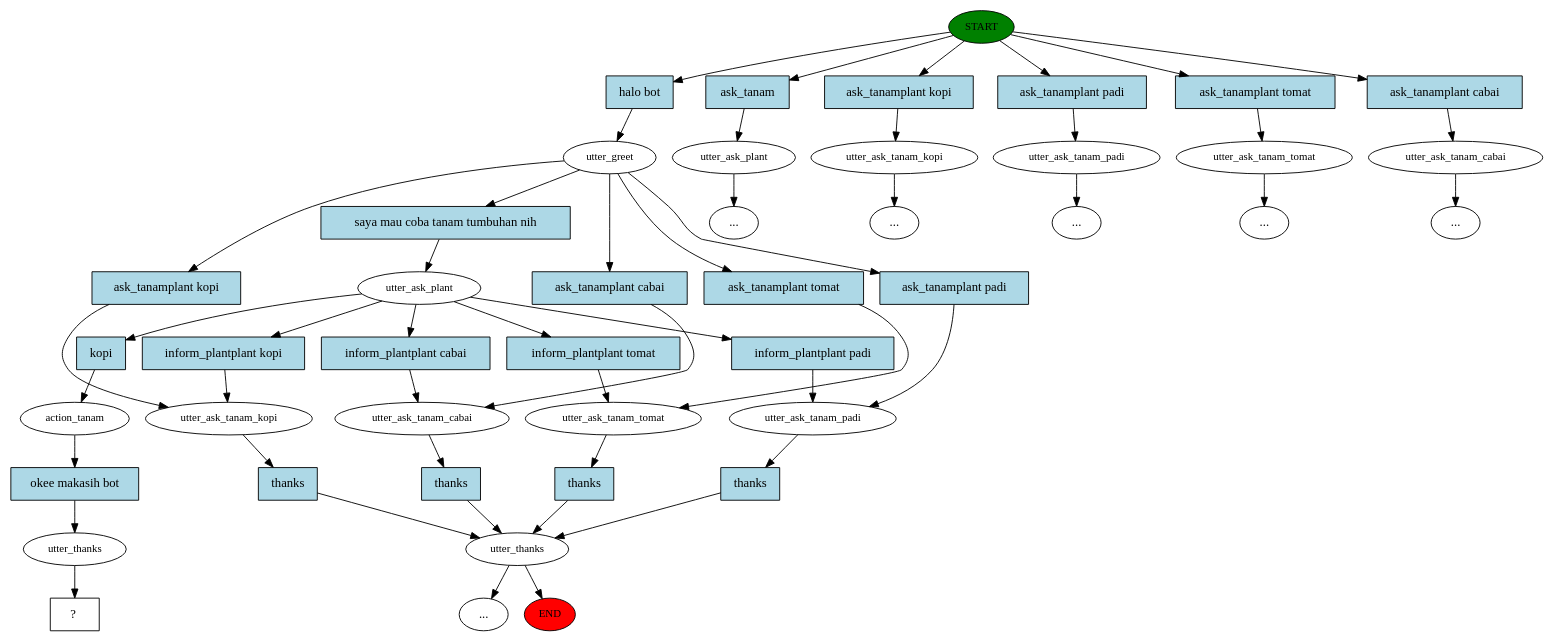
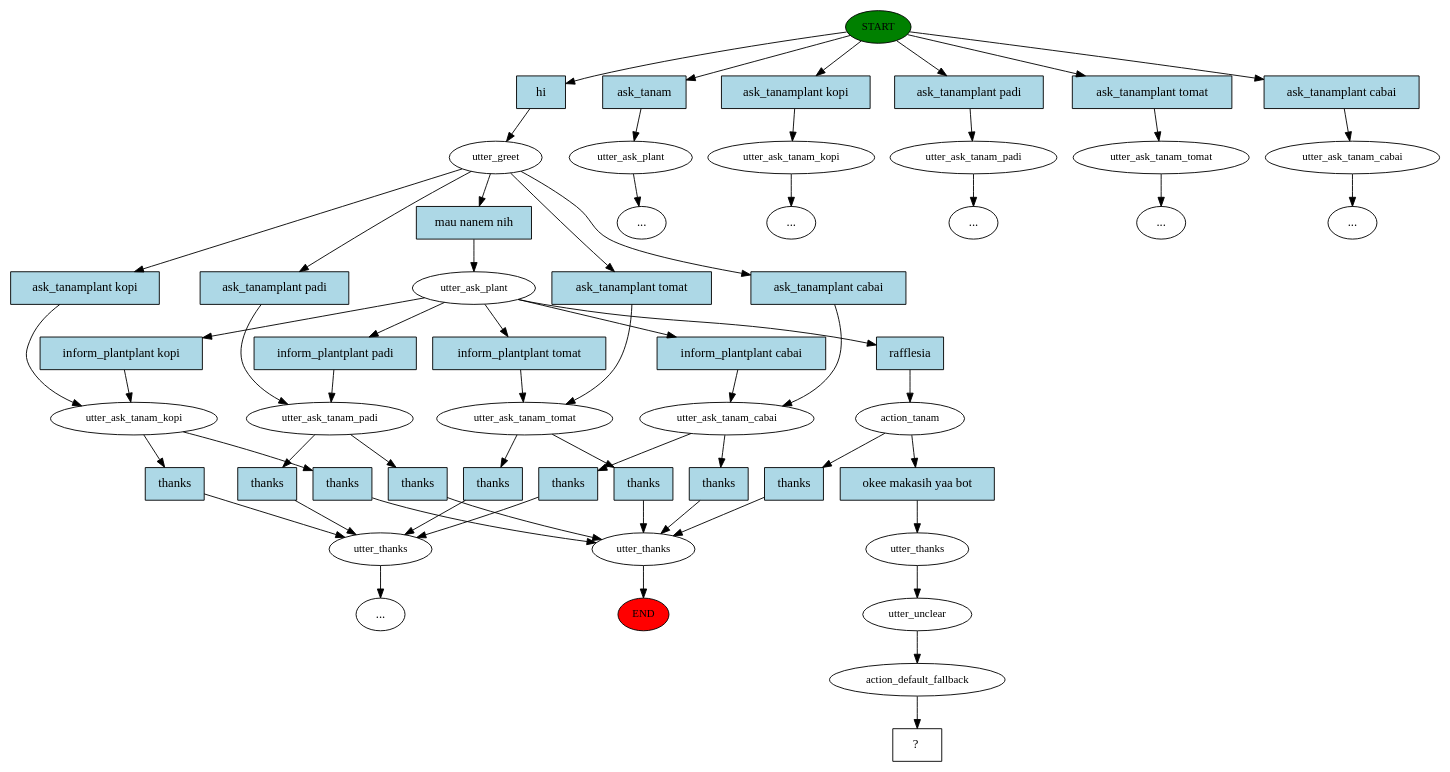
Before and after one commit to naufalmukhbit/Chatbot2019: the diagram in story_graph.dot, drawn with Graphviz. The commit also changed 22 other files, not shown here.

```diff
--- a/story_graph.dot
+++ b/story_graph.dot
@@ -1,96 +1,116 @@
 digraph  {
 0 [class="start active", fillcolor=green, fontsize=12, label=START, style=filled];
 "-1" [class=end, fillcolor=red, fontsize=12, label=END, style=filled];
 1 [class=active, fontsize=12, label=utter_greet];
 2 [class=active, fontsize=12, label=utter_ask_plant];
 3 [class="", fontsize=12, label=utter_ask_tanam_kopi];
 4 [class="", fontsize=12, label=utter_thanks];
 7 [class="", fontsize=12, label=utter_ask_tanam_padi];
 11 [class="", fontsize=12, label=utter_ask_tanam_tomat];
 15 [class="", fontsize=12, label=utter_ask_tanam_cabai];
+19 [class="", fontsize=12, label=utter_thanks];
 "-6" [class=ellipsis, label="..."];
 29 [class="", fontsize=12, label=utter_ask_plant];
 "-10" [class=ellipsis, label="..."];
 33 [class="", fontsize=12, label=utter_ask_tanam_kopi];
 "-11" [class=ellipsis, label="..."];
 34 [class="", fontsize=12, label=utter_ask_tanam_padi];
 "-12" [class=ellipsis, label="..."];
 35 [class="", fontsize=12, label=utter_ask_tanam_tomat];
 "-13" [class=ellipsis, label="..."];
 36 [class="", fontsize=12, label=utter_ask_tanam_cabai];
 "-14" [class=ellipsis, label="..."];
 39 [class=active, fontsize=12, label=action_tanam];
-40 [class=active, fontsize=12, label=utter_thanks];
-41 [class="intent dashed active", label="  ?  ", shape=rect];
-42 [class="intent active", fillcolor=lightblue, label="halo bot", shape=rect, style=filled];
-43 [class=intent, fillcolor=lightblue, label=ask_tanam, shape=rect, style=filled];
-44 [class=intent, fillcolor=lightblue, label="ask_tanamplant kopi", shape=rect, style=filled];
-45 [class=intent, fillcolor=lightblue, label="ask_tanamplant padi", shape=rect, style=filled];
-46 [class=intent, fillcolor=lightblue, label="ask_tanamplant tomat", shape=rect, style=filled];
-47 [class=intent, fillcolor=lightblue, label="ask_tanamplant cabai", shape=rect, style=filled];
-48 [class="intent active", fillcolor=lightblue, label="saya mau coba tanam tumbuhan nih", shape=rect, style=filled];
-49 [class=intent, fillcolor=lightblue, label="ask_tanamplant kopi", shape=rect, style=filled];
-50 [class=intent, fillcolor=lightblue, label="ask_tanamplant padi", shape=rect, style=filled];
-51 [class=intent, fillcolor=lightblue, label="ask_tanamplant tomat", shape=rect, style=filled];
-52 [class=intent, fillcolor=lightblue, label="ask_tanamplant cabai", shape=rect, style=filled];
-53 [class=intent, fillcolor=lightblue, label="inform_plantplant kopi", shape=rect, style=filled];
-54 [class=intent, fillcolor=lightblue, label="inform_plantplant padi", shape=rect, style=filled];
-55 [class=intent, fillcolor=lightblue, label="inform_plantplant tomat", shape=rect, style=filled];
-56 [class=intent, fillcolor=lightblue, label="inform_plantplant cabai", shape=rect, style=filled];
-57 [class="intent active", fillcolor=lightblue, label=kopi, shape=rect, style=filled];
-58 [class=intent, fillcolor=lightblue, label=thanks, shape=rect, style=filled];
-59 [class=intent, fillcolor=lightblue, label=thanks, shape=rect, style=filled];
-60 [class=intent, fillcolor=lightblue, label=thanks, shape=rect, style=filled];
-61 [class=intent, fillcolor=lightblue, label=thanks, shape=rect, style=filled];
-62 [class="intent active", fillcolor=lightblue, label="okee makasih bot", shape=rect, style=filled];
-0 -> 42  [class=active, key=0];
-0 -> 43  [class="", key=0];
-0 -> 44  [class="", key=0];
-0 -> 45  [class="", key=0];
-0 -> 46  [class="", key=0];
-0 -> 47  [class="", key=0];
-1 -> 48  [class=active, key=0];
-1 -> 49  [class="", key=0];
-1 -> 50  [class="", key=0];
-1 -> 51  [class="", key=0];
-1 -> 52  [class="", key=0];
-2 -> 53  [class="", key=0];
-2 -> 54  [class="", key=0];
-2 -> 55  [class="", key=0];
-2 -> 56  [class="", key=0];
-2 -> 57  [class=active, key=0];
-3 -> 58  [class="", key=0];
+44 [class=active, fontsize=12, label=utter_thanks];
+45 [class=active, fontsize=12, label=utter_unclear];
+46 [class=active, fontsize=12, label=action_default_fallback];
+47 [class="intent dashed active", label="  ?  ", shape=rect];
+48 [class="intent active", fillcolor=lightblue, label=hi, shape=rect, style=filled];
+49 [class=intent, fillcolor=lightblue, label=ask_tanam, shape=rect, style=filled];
+50 [class=intent, fillcolor=lightblue, label="ask_tanamplant kopi", shape=rect, style=filled];
+51 [class=intent, fillcolor=lightblue, label="ask_tanamplant padi", shape=rect, style=filled];
+52 [class=intent, fillcolor=lightblue, label="ask_tanamplant tomat", shape=rect, style=filled];
+53 [class=intent, fillcolor=lightblue, label="ask_tanamplant cabai", shape=rect, style=filled];
+54 [class="intent active", fillcolor=lightblue, label="mau nanem nih", shape=rect, style=filled];
+55 [class=intent, fillcolor=lightblue, label="ask_tanamplant kopi", shape=rect, style=filled];
+56 [class=intent, fillcolor=lightblue, label="ask_tanamplant padi", shape=rect, style=filled];
+57 [class=intent, fillcolor=lightblue, label="ask_tanamplant tomat", shape=rect, style=filled];
+58 [class=intent, fillcolor=lightblue, label="ask_tanamplant cabai", shape=rect, style=filled];
+59 [class=intent, fillcolor=lightblue, label="inform_plantplant kopi", shape=rect, style=filled];
+60 [class=intent, fillcolor=lightblue, label="inform_plantplant padi", shape=rect, style=filled];
+61 [class=intent, fillcolor=lightblue, label="inform_plantplant tomat", shape=rect, style=filled];
+62 [class=intent, fillcolor=lightblue, label="inform_plantplant cabai", shape=rect, style=filled];
+63 [class="intent active", fillcolor=lightblue, label=rafflesia, shape=rect, style=filled];
+64 [class=intent, fillcolor=lightblue, label=thanks, shape=rect, style=filled];
+65 [class=intent, fillcolor=lightblue, label=thanks, shape=rect, style=filled];
+66 [class=intent, fillcolor=lightblue, label=thanks, shape=rect, style=filled];
+67 [class=intent, fillcolor=lightblue, label=thanks, shape=rect, style=filled];
+68 [class=intent, fillcolor=lightblue, label=thanks, shape=rect, style=filled];
+69 [class=intent, fillcolor=lightblue, label=thanks, shape=rect, style=filled];
+70 [class=intent, fillcolor=lightblue, label=thanks, shape=rect, style=filled];
+71 [class=intent, fillcolor=lightblue, label=thanks, shape=rect, style=filled];
+72 [class=intent, fillcolor=lightblue, label=thanks, shape=rect, style=filled];
+73 [class="intent active", fillcolor=lightblue, label="okee makasih yaa bot", shape=rect, style=filled];
+0 -> 48  [class=active, key=0];
+0 -> 49  [class="", key=0];
+0 -> 50  [class="", key=0];
+0 -> 51  [class="", key=0];
+0 -> 52  [class="", key=0];
+0 -> 53  [class="", key=0];
+1 -> 54  [class=active, key=0];
+1 -> 55  [class="", key=0];
+1 -> 56  [class="", key=0];
+1 -> 57  [class="", key=0];
+1 -> 58  [class="", key=0];
+2 -> 59  [class="", key=0];
+2 -> 60  [class="", key=0];
+2 -> 61  [class="", key=0];
+2 -> 62  [class="", key=0];
+2 -> 63  [class=active, key=0];
+3 -> 64  [class="", key=0];
+3 -> 65  [class="", key=0];
 4 -> "-1"  [class="", key=NONE, label=""];
-4 -> "-6"  [class="", key=NONE, label=""];
-7 -> 59  [class="", key=0];
-11 -> 60  [class="", key=0];
-15 -> 61  [class="", key=0];
+7 -> 66  [class="", key=0];
+7 -> 67  [class="", key=0];
+11 -> 68  [class="", key=0];
+11 -> 69  [class="", key=0];
+15 -> 70  [class="", key=0];
+15 -> 71  [class="", key=0];
+19 -> "-6"  [class="", key=NONE, label=""];
 29 -> "-10"  [class="", key=NONE, label=""];
 33 -> "-11"  [class="", key=NONE, label=""];
 34 -> "-12"  [class="", key=NONE, label=""];
 35 -> "-13"  [class="", key=NONE, label=""];
 36 -> "-14"  [class="", key=NONE, label=""];
-39 -> 62  [class=active, key=0];
-40 -> 41  [class=active, key=NONE, label=""];
-42 -> 1  [class=active, key=0];
-43 -> 29  [class="", key=0];
-44 -> 33  [class="", key=0];
-45 -> 34  [class="", key=0];
-46 -> 35  [class="", key=0];
-47 -> 36  [class="", key=0];
-48 -> 2  [class=active, key=0];
-49 -> 3  [class="", key=0];
-50 -> 7  [class="", key=0];
-51 -> 11  [class="", key=0];
-52 -> 15  [class="", key=0];
-53 -> 3  [class="", key=0];
-54 -> 7  [class="", key=0];
-55 -> 11  [class="", key=0];
-56 -> 15  [class="", key=0];
-57 -> 39  [class=active, key=0];
-58 -> 4  [class="", key=0];
-59 -> 4  [class="", key=0];
-60 -> 4  [class="", key=0];
-61 -> 4  [class="", key=0];
-62 -> 40  [class=active, key=0];
+39 -> 72  [class="", key=0];
+39 -> 73  [class=active, key=0];
+44 -> 45  [class=active, key=NONE, label=""];
+45 -> 46  [class=active, key=NONE, label=""];
+46 -> 47  [class=active, key=NONE, label=""];
+48 -> 1  [class=active, key=0];
+49 -> 29  [class="", key=0];
+50 -> 33  [class="", key=0];
+51 -> 34  [class="", key=0];
+52 -> 35  [class="", key=0];
+53 -> 36  [class="", key=0];
+54 -> 2  [class=active, key=0];
+55 -> 3  [class="", key=0];
+56 -> 7  [class="", key=0];
+57 -> 11  [class="", key=0];
+58 -> 15  [class="", key=0];
+59 -> 3  [class="", key=0];
+60 -> 7  [class="", key=0];
+61 -> 11  [class="", key=0];
+62 -> 15  [class="", key=0];
+63 -> 39  [class=active, key=0];
+64 -> 4  [class="", key=0];
+65 -> 19  [class="", key=0];
+66 -> 4  [class="", key=0];
+67 -> 19  [class="", key=0];
+68 -> 4  [class="", key=0];
+69 -> 19  [class="", key=0];
+70 -> 4  [class="", key=0];
+71 -> 19  [class="", key=0];
+72 -> 4  [class="", key=0];
+73 -> 44  [class=active, key=0];
 }
```
